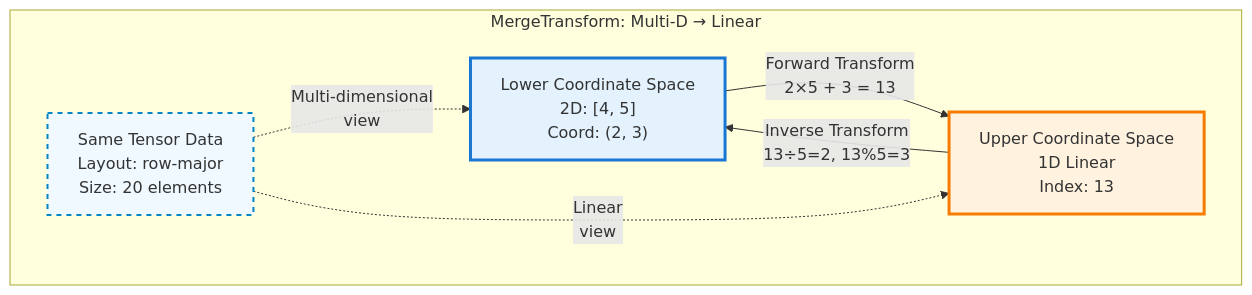
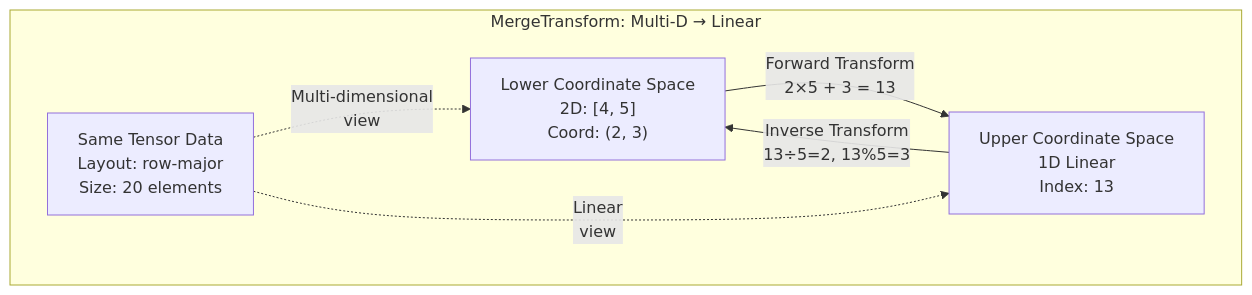
Before and after one commit to hdt98/rocm-libraries: the third of 12 diagrams in projects/composablekernel/docs/conceptual/ck_tile/transforms.rst, drawn with Mermaid. The commit also changed other lines of this file and 21 other files, not shown here.

First line of the commit message:
[ck] Updated CK Tile documentation to use mermaid diagrams (#7955)

```diff
--- a/projects/composablekernel/docs/conceptual/ck_tile/transforms.rst
+++ b/projects/composablekernel/docs/conceptual/ck_tile/transforms.rst
@@ -126,19 +95,15 @@
-      .. mermaid::
-      
-         graph TB
-             subgraph "MergeTransform: Multi-D → Linear"
-                 LS["Lower Coordinate Space<br/>2D: [4, 5]<br/>Coord: (2, 3)"]
-                 US["Upper Coordinate Space<br/>1D Linear<br/>Index: 13"]
-                 
-                 DATA["Same Tensor Data<br/>Layout: row-major<br/>Size: 20 elements"]
-             end
-             
-             LS -->|"Forward Transform<br/>2×5 + 3 = 13"| US
-             US -->|"Inverse Transform<br/>13÷5=2, 13%5=3"| LS
-             
-             DATA -.->|"Multi-dimensional<br/>view"| LS
-             DATA -.->|"Linear<br/>view"| US
-             
-             style LS fill:#e3f2fd,stroke:#1976d2,stroke-width:3px
-             style US fill:#fff3e0,stroke:#f57c00,stroke-width:3px
-             style DATA fill:#f0f9ff,stroke:#0284c7,stroke-width:2px,stroke-dasharray: 5 5
+.. mermaid::
+
+   graph TB
+       subgraph "MergeTransform: Multi-D → Linear"
+           LS["Lower Coordinate Space<br/>2D: [4, 5]<br/>Coord: (2, 3)"]
+           US["Upper Coordinate Space<br/>1D Linear<br/>Index: 13"]
+
+           DATA["Same Tensor Data<br/>Layout: row-major<br/>Size: 20 elements"]
+       end
+
+       LS -->|"Forward Transform<br/>2×5 + 3 = 13"| US
+       US -->|"Inverse Transform<br/>13÷5=2, 13%5=3"| LS
+
+       DATA -.->|"Multi-dimensional<br/>view"| LS
+       DATA -.->|"Linear<br/>view"| US
```
